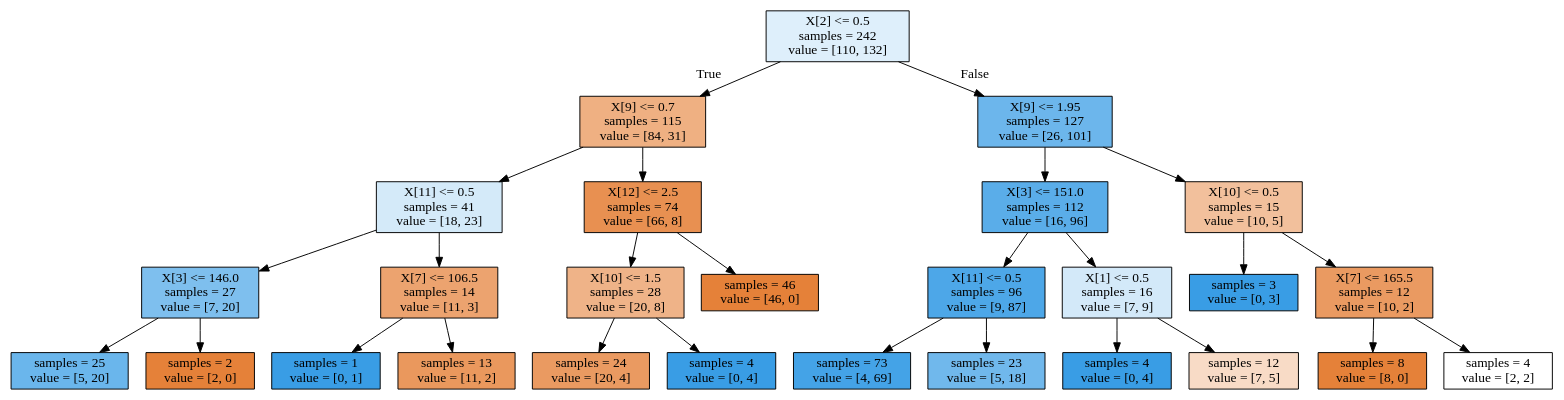
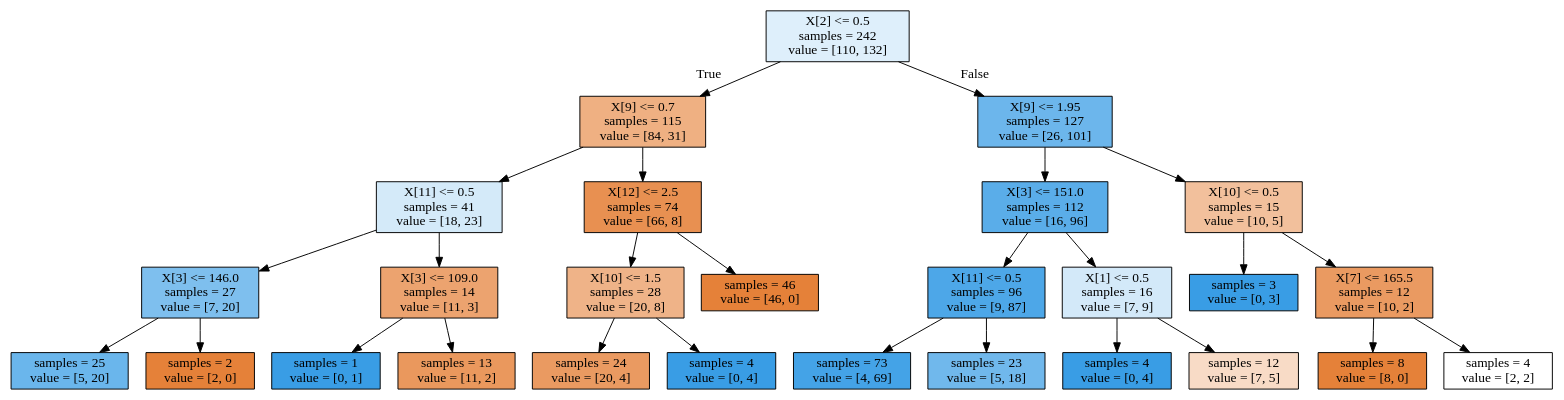
Before and after one commit to seibern/proyecto2_IA: the diagram in IA/arbol.dot, drawn with Graphviz. The commit also changed 1 other file, not shown here.

```diff
--- a/IA/arbol.dot
+++ b/IA/arbol.dot
@@ -1,56 +1,56 @@
 digraph Tree {
 node [shape=box, style="filled", color="black"] ;
 0 [label="X[2] <= 0.5\nsamples = 242\nvalue = [110, 132]", fillcolor="#deeffb"] ;
 1 [label="X[9] <= 0.7\nsamples = 115\nvalue = [84, 31]", fillcolor="#efb082"] ;
 0 -> 1 [labeldistance=2.5, labelangle=45, headlabel="True"] ;
 2 [label="X[11] <= 0.5\nsamples = 41\nvalue = [18, 23]", fillcolor="#d4eaf9"] ;
 1 -> 2 ;
 3 [label="X[3] <= 146.0\nsamples = 27\nvalue = [7, 20]", fillcolor="#7ebfee"] ;
 2 -> 3 ;
 4 [label="samples = 25\nvalue = [5, 20]", fillcolor="#6ab6ec"] ;
 3 -> 4 ;
 5 [label="samples = 2\nvalue = [2, 0]", fillcolor="#e58139"] ;
 3 -> 5 ;
-6 [label="X[7] <= 106.5\nsamples = 14\nvalue = [11, 3]", fillcolor="#eca36f"] ;
+6 [label="X[3] <= 109.0\nsamples = 14\nvalue = [11, 3]", fillcolor="#eca36f"] ;
 2 -> 6 ;
 7 [label="samples = 1\nvalue = [0, 1]", fillcolor="#399de5"] ;
 6 -> 7 ;
 8 [label="samples = 13\nvalue = [11, 2]", fillcolor="#ea985d"] ;
 6 -> 8 ;
 9 [label="X[12] <= 2.5\nsamples = 74\nvalue = [66, 8]", fillcolor="#e89051"] ;
 1 -> 9 ;
 10 [label="X[10] <= 1.5\nsamples = 28\nvalue = [20, 8]", fillcolor="#efb388"] ;
 9 -> 10 ;
 11 [label="samples = 24\nvalue = [20, 4]", fillcolor="#ea9a61"] ;
 10 -> 11 ;
 12 [label="samples = 4\nvalue = [0, 4]", fillcolor="#399de5"] ;
 10 -> 12 ;
 13 [label="samples = 46\nvalue = [46, 0]", fillcolor="#e58139"] ;
 9 -> 13 ;
 14 [label="X[9] <= 1.95\nsamples = 127\nvalue = [26, 101]", fillcolor="#6cb6ec"] ;
 0 -> 14 [labeldistance=2.5, labelangle=-45, headlabel="False"] ;
 15 [label="X[3] <= 151.0\nsamples = 112\nvalue = [16, 96]", fillcolor="#5aade9"] ;
 14 -> 15 ;
 16 [label="X[11] <= 0.5\nsamples = 96\nvalue = [9, 87]", fillcolor="#4da7e8"] ;
 15 -> 16 ;
 17 [label="samples = 73\nvalue = [4, 69]", fillcolor="#44a3e7"] ;
 16 -> 17 ;
 18 [label="samples = 23\nvalue = [5, 18]", fillcolor="#70b8ec"] ;
 16 -> 18 ;
 19 [label="X[1] <= 0.5\nsamples = 16\nvalue = [7, 9]", fillcolor="#d3e9f9"] ;
 15 -> 19 ;
 20 [label="samples = 4\nvalue = [0, 4]", fillcolor="#399de5"] ;
 19 -> 20 ;
 21 [label="samples = 12\nvalue = [7, 5]", fillcolor="#f8dbc6"] ;
 19 -> 21 ;
 22 [label="X[10] <= 0.5\nsamples = 15\nvalue = [10, 5]", fillcolor="#f2c09c"] ;
 14 -> 22 ;
 23 [label="samples = 3\nvalue = [0, 3]", fillcolor="#399de5"] ;
 22 -> 23 ;
 24 [label="X[7] <= 165.5\nsamples = 12\nvalue = [10, 2]", fillcolor="#ea9a61"] ;
 22 -> 24 ;
 25 [label="samples = 8\nvalue = [8, 0]", fillcolor="#e58139"] ;
 24 -> 25 ;
 26 [label="samples = 4\nvalue = [2, 2]", fillcolor="#ffffff"] ;
 24 -> 26 ;
 }
```
